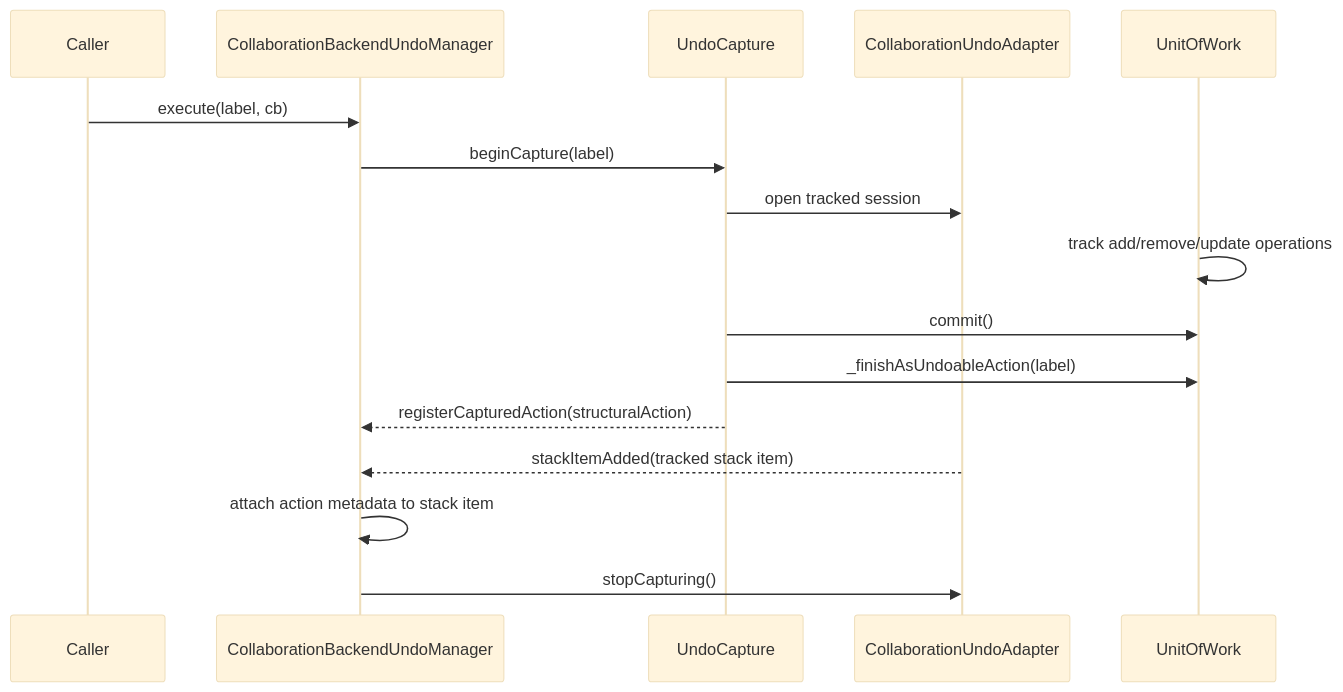
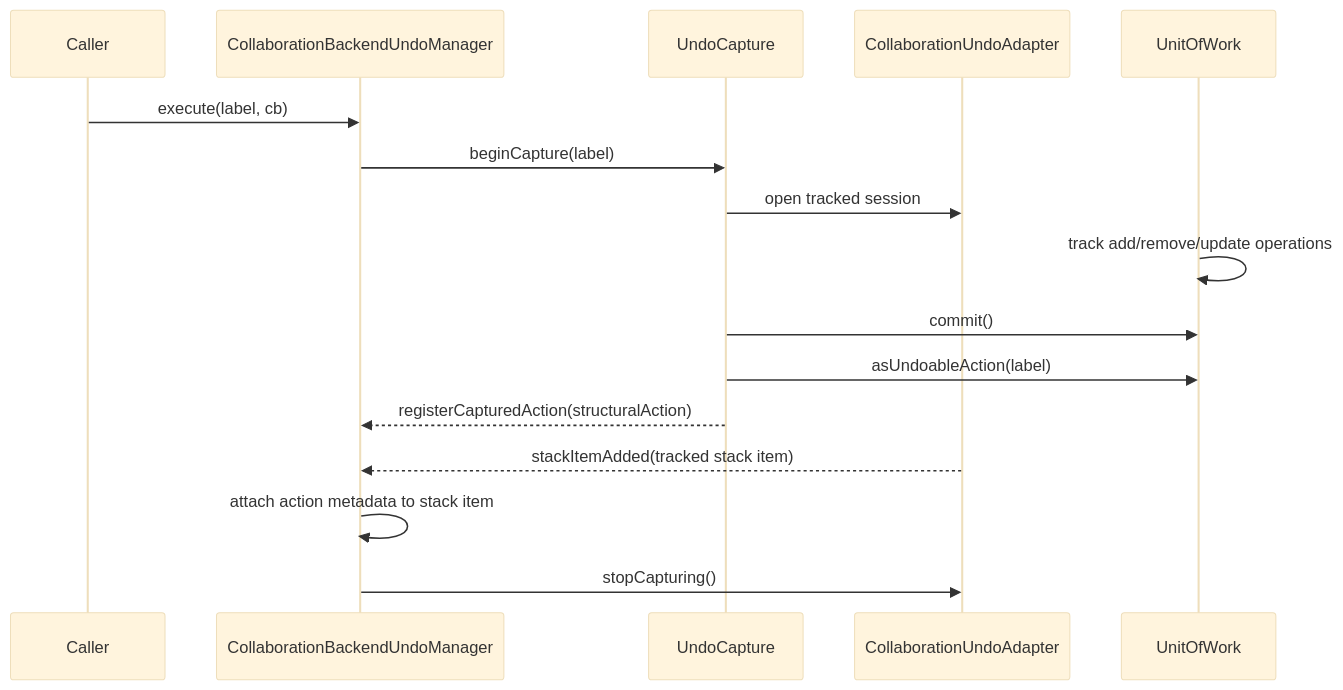
The second of 3 diagrams in packages/model/UNDO_FLOW.md (DiagramCraft/diagram-craft), drawn with Mermaid (base theme) before and after one commit. The commit also changed other lines of this file and 8 other files, not shown here.

````diff
--- a/packages/model/UNDO_FLOW.md
+++ b/packages/model/UNDO_FLOW.md
@@ -108,19 +108,19 @@
 ```mermaid
 sequenceDiagram
     participant Caller
     participant Mgr as CollaborationBackendUndoManager
     participant Capture as UndoCapture
     participant Adapter as CollaborationUndoAdapter
     participant Work as UnitOfWork
 
     Caller->>Mgr: execute(label, cb)
     Mgr->>Capture: beginCapture(label)
     Capture->>Adapter: open tracked session
     Work->>Work: track add/remove/update operations
     Capture->>Work: commit()
-    Capture->>Work: _finishAsUndoableAction(label)
+    Capture->>Work: asUndoableAction(label)
     Capture-->>Mgr: registerCapturedAction(structuralAction)
     Adapter-->>Mgr: stackItemAdded(tracked stack item)
     Mgr->>Mgr: attach action metadata to stack item
     Mgr->>Adapter: stopCapturing()
 ```
````
